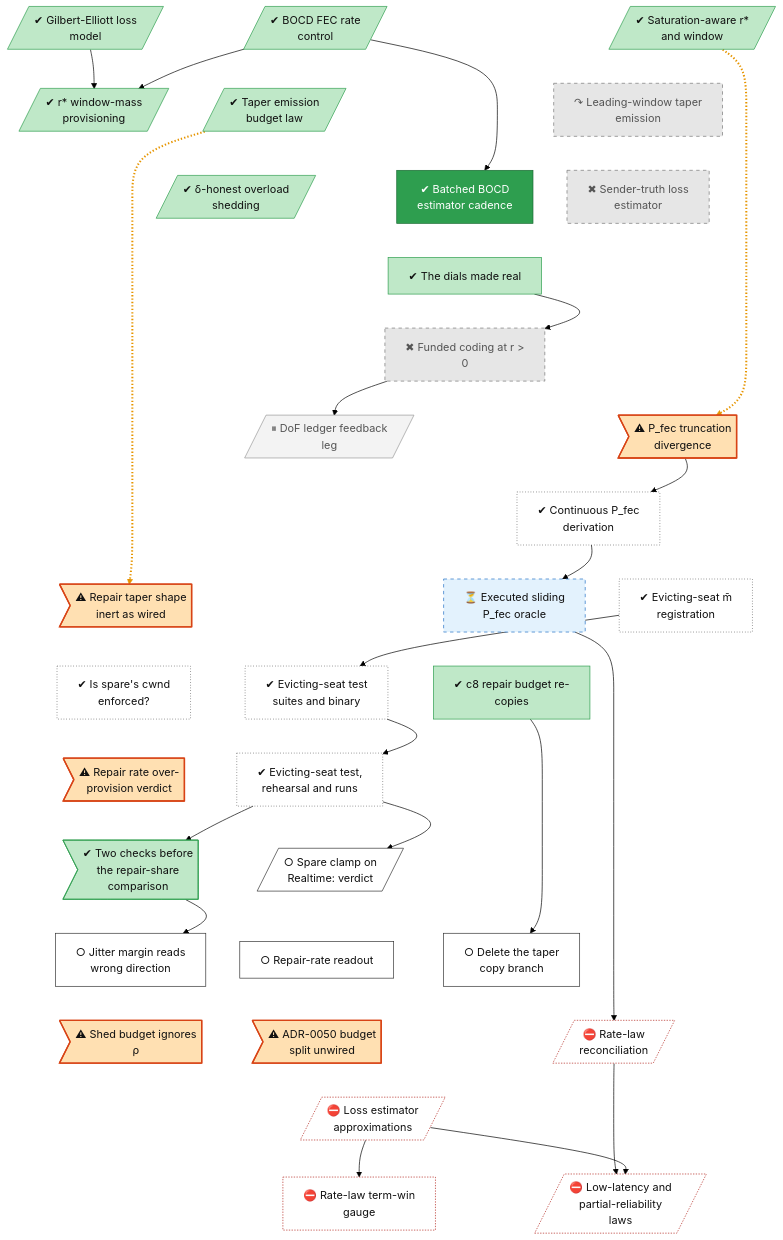
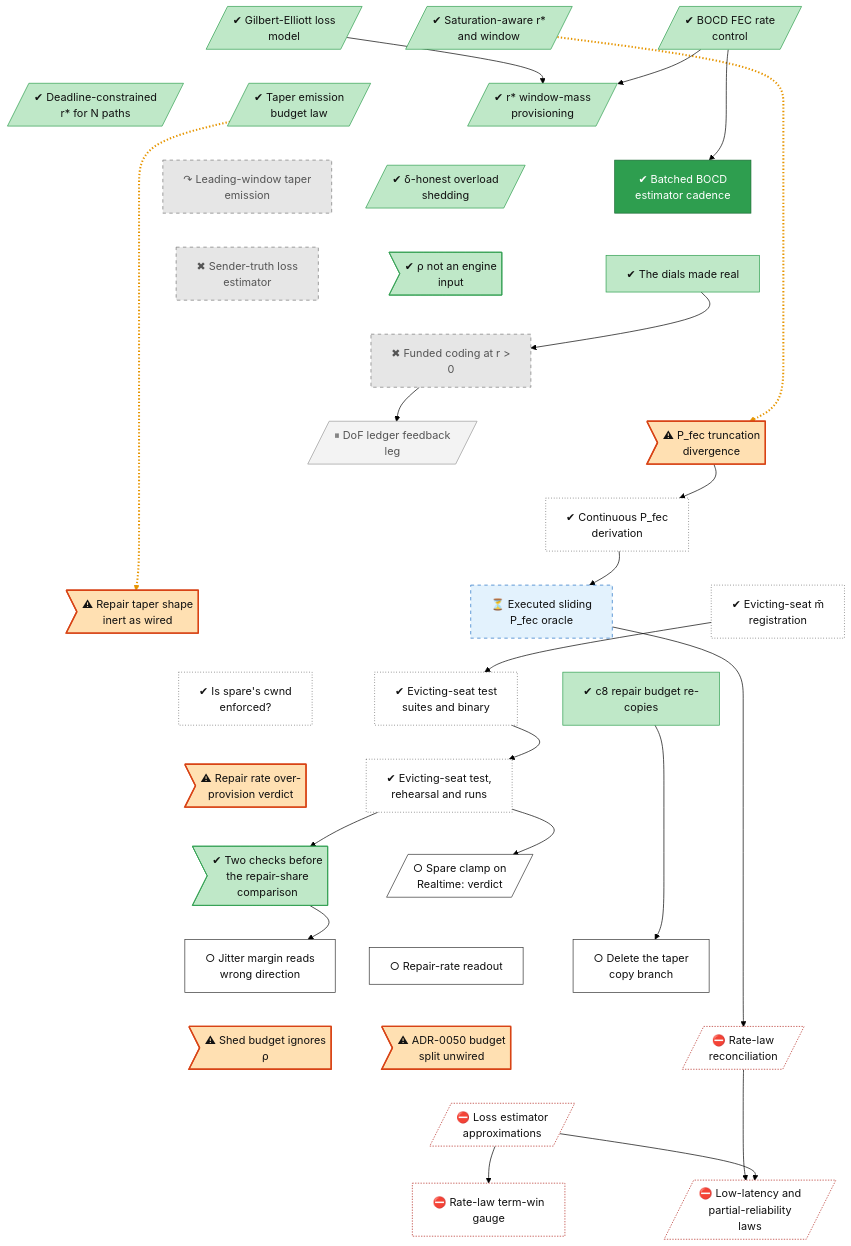
The diagram in docs/roadmap/tracks/rate.md (lhns/raptorpath), drawn with Mermaid (forest theme) before and after one commit. The commit also changed other lines of this file and 11 other files, not shown here.

First line of the commit message:
roadmap: backfill pre-November history from the gap scan

```diff
--- a/docs/roadmap/tracks/rate.md
+++ b/docs/roadmap/tracks/rate.md
@@ -12,12 +12,14 @@
     rate_ge_hmm[/"✔ Gilbert-Elliott loss<br/>model"/]
     rate_fec_rate_v1[/"✔ BOCD FEC rate<br/>control"/]
     rate_saturation_rstar[/"✔ Saturation-aware r*<br/>and window"/]
+    rate_deadline_rstar[/"✔ Deadline-constrained<br/>r* for N paths"/]
     rate_rstar_window_mass[/"✔ r* window-mass<br/>provisioning"/]
     rate_taper_r[/"✔ Taper emission<br/>budget law"/]
     rate_leading_taper["↷ Leading-window taper<br/>emission"]
     rate_unified_shed[/"✔ δ-honest overload<br/>shedding"/]
     rate_est_cadence["✔ Batched BOCD<br/>estimator cadence"]
     rate_sender_truth_loss["✖ Sender-truth loss<br/>estimator"]
+    rate_rho_not_input>"✔ ρ not an engine<br/>input"]
     rate_dials_made_real["✔ The dials made real"]
     rate_r_battery["✖ Funded coding at r #gt;<br/>0"]
     rate_dof_ledger[/"⏸ DoF ledger feedback<br/>leg"/]
@@ -42,15 +44,17 @@
     rate_fix_estimators[/"⛔ Loss estimator<br/>approximations"/]
     rate_fix_term_gauge["⛔ Rate-law term-win<br/>gauge"]
     rate_fix_rho_realtime[/"⛔ Low-latency and<br/>partial-reliability<br/>laws"/]
-    rate_ge_hmm ~~~ rate_rstar_window_mass
-    rate_fec_rate_v1 ~~~ rate_taper_r
-    rate_saturation_rstar ~~~ rate_leading_taper
+    rate_ge_hmm ~~~ rate_deadline_rstar
+    rate_fec_rate_v1 ~~~ rate_rstar_window_mass
+    rate_saturation_rstar ~~~ rate_taper_r
+    rate_deadline_rstar ~~~ rate_leading_taper
     rate_rstar_window_mass ~~~ rate_unified_shed
     rate_taper_r ~~~ rate_est_cadence
     rate_leading_taper ~~~ rate_sender_truth_loss
-    rate_unified_shed ~~~ rate_dials_made_real
+    rate_unified_shed ~~~ rate_rho_not_input
     rate_est_cadence ~~~ rate_dials_made_real
-    rate_sender_truth_loss ~~~ rate_dials_made_real
+    rate_sender_truth_loss ~~~ rate_r_battery
+    rate_rho_not_input ~~~ rate_r_battery
     rate_dials_made_real ~~~ rate_r_battery
     rate_r_battery ~~~ rate_dof_ledger
     rate_r_battery ~~~ rate_defect_pfec
@@ -97,7 +101,7 @@
     rate_fix_estimators --> rate_fix_term_gauge
     rate_law_reconcile --> rate_fix_rho_realtime
     rate_fix_estimators --> rate_fix_rho_realtime
-    linkStyle 36,39 stroke:#e69500,stroke-width:3px,stroke-dasharray:2 3
+    linkStyle 38,41 stroke:#e69500,stroke-width:3px,stroke-dasharray:2 3
     classDef vsucc fill:#2e9e4f,stroke:#1b6b34,color:#fff
     classDef succ fill:#bfe8c8,stroke:#2e9e4f,color:#111
     classDef mixed fill:#ffd37a,stroke:#c98a00,color:#111
@@ -111,7 +115,7 @@
     classDef userdec fill:#d9c2f0,stroke:#7b3fb5,color:#111
     classDef defect fill:#ffe0b2,stroke:#d84315,stroke-width:2px,color:#111
     classDef waiting fill:#e3f2fd,stroke:#1f6fc5,stroke-dasharray:5 5,color:#111
-    class rate_ge_hmm,rate_fec_rate_v1,rate_saturation_rstar,rate_rstar_window_mass,rate_taper_r,rate_unified_shed,rate_dials_made_real,rate_c8_frontier_recopy,rate_k4_input_checks succ
+    class rate_ge_hmm,rate_fec_rate_v1,rate_saturation_rstar,rate_deadline_rstar,rate_rstar_window_mass,rate_taper_r,rate_unified_shed,rate_rho_not_input,rate_dials_made_real,rate_c8_frontier_recopy,rate_k4_input_checks succ
     class rate_leading_taper,rate_sender_truth_loss,rate_r_battery dead
     class rate_est_cadence vsucc
     class rate_dof_ledger parked
```
